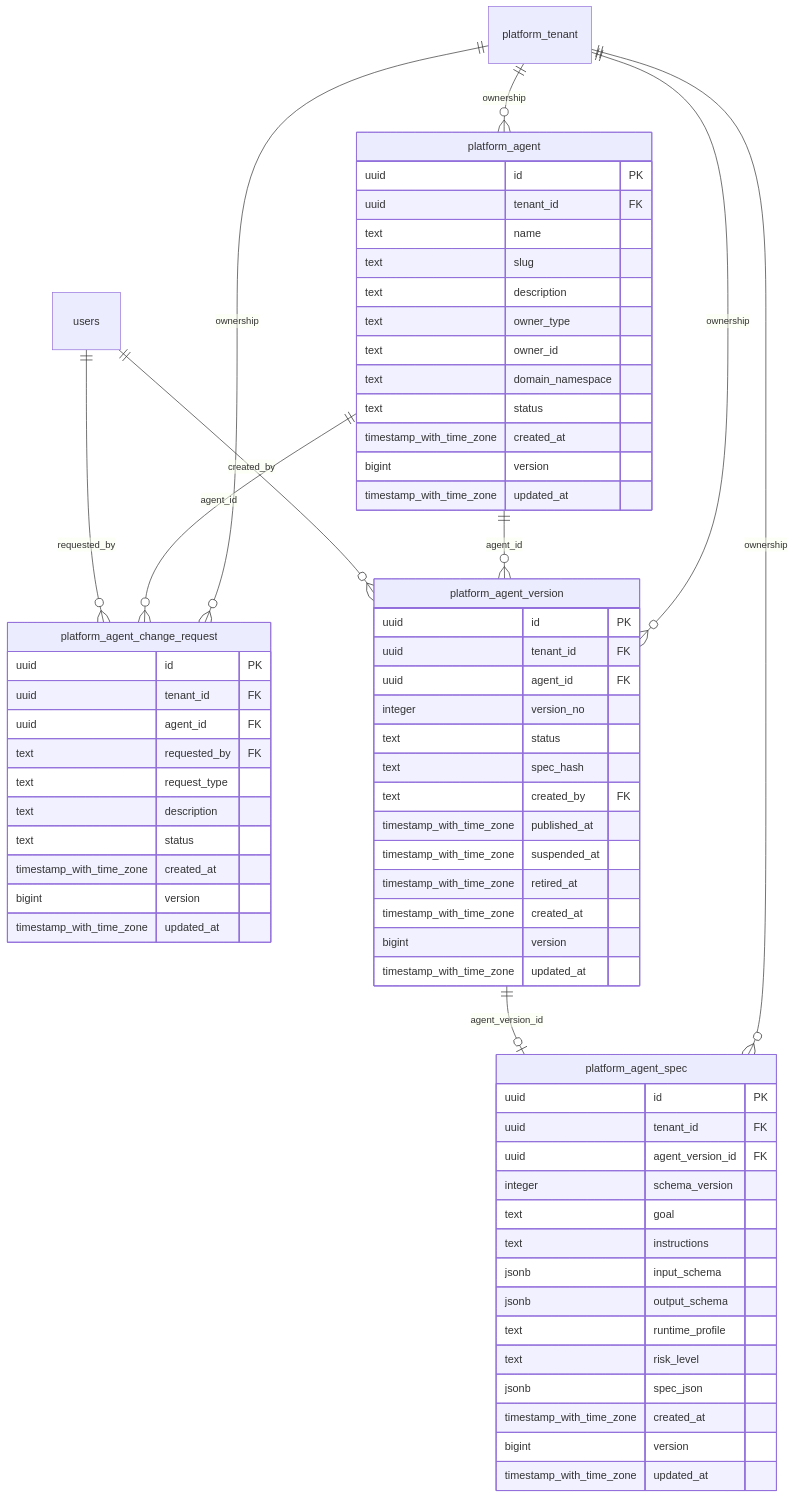
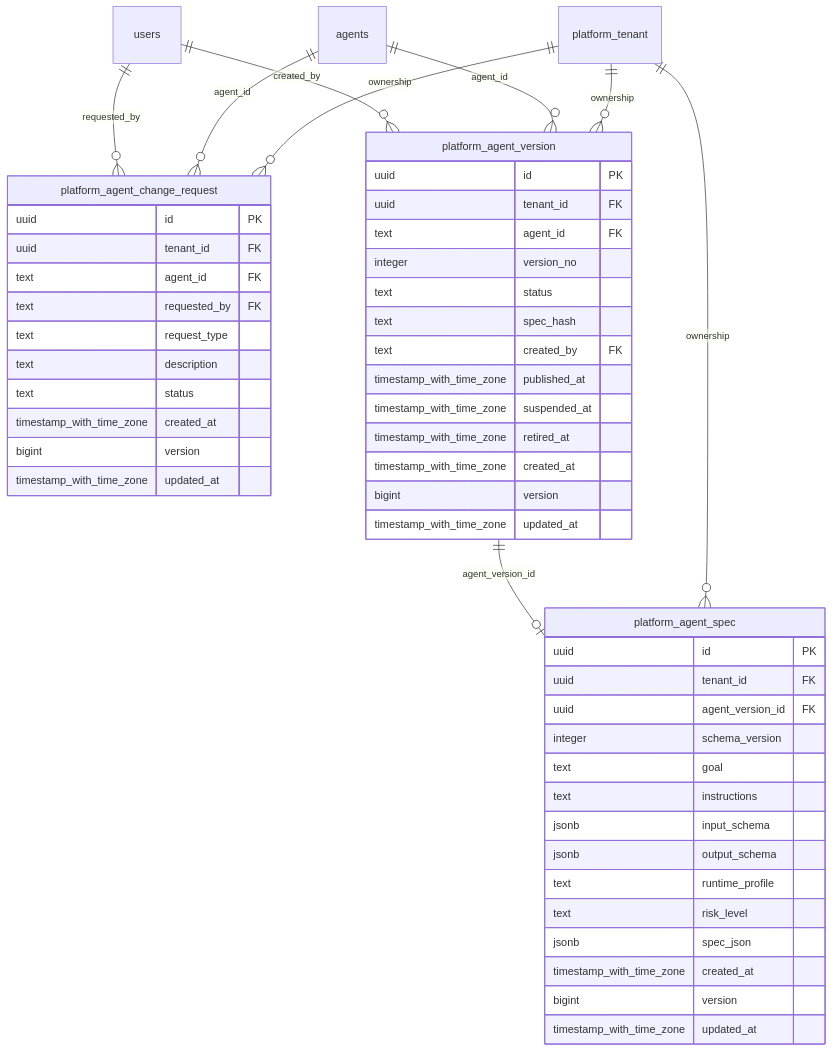
One commit to nguyennanganhdev/AI-Workforce-Platform changed the diagram in docs/erd/physical/platform-agents.md. Above: the diagram before and after it, drawn with Mermaid. The commit also changed other lines of this file and 146 other files, not shown here.

Commit message:
feat(db): consolidate P0 database schema and documentation

````diff
--- a/docs/erd/physical/platform-agents.md
+++ b/docs/erd/physical/platform-agents.md
@@ -5,69 +5,54 @@
 ```mermaid
 erDiagram
-  platform_agent {
-    uuid id PK
-    uuid tenant_id FK
-    text name
-    text slug
-    text description
-    text owner_type
-    text owner_id
-    text domain_namespace
-    text status
-    timestamp_with_time_zone created_at
-    bigint version
-    timestamp_with_time_zone updated_at
-  }
-  platform_tenant ||--o{ platform_agent : "ownership"
   platform_agent_change_request {
     uuid id PK
     uuid tenant_id FK
-    uuid agent_id FK
+    text agent_id FK
     text requested_by FK
     text request_type
     text description
     text status
     timestamp_with_time_zone created_at
     bigint version
     timestamp_with_time_zone updated_at
   }
   platform_tenant ||--o{ platform_agent_change_request : "ownership"
-  platform_agent ||--o{ platform_agent_change_request : "agent_id"
+  agents ||--o{ platform_agent_change_request : "agent_id"
   users ||--o{ platform_agent_change_request : "requested_by"
   platform_agent_spec {
     uuid id PK
     uuid tenant_id FK
     uuid agent_version_id FK
     integer schema_version
     text goal
     text instructions
     jsonb input_schema
     jsonb output_schema
     text runtime_profile
     text risk_level
     jsonb spec_json
     timestamp_with_time_zone created_at
     bigint version
     timestamp_with_time_zone updated_at
   }
   platform_tenant ||--o{ platform_agent_spec : "ownership"
   platform_agent_version ||--o| platform_agent_spec : "agent_version_id"
   platform_agent_version {
     uuid id PK
     uuid tenant_id FK
-    uuid agent_id FK
+    text agent_id FK
     integer version_no
     text status
     text spec_hash
     text created_by FK
     timestamp_with_time_zone published_at
     timestamp_with_time_zone suspended_at
     timestamp_with_time_zone retired_at
     timestamp_with_time_zone created_at
     bigint version
     timestamp_with_time_zone updated_at
   }
   platform_tenant ||--o{ platform_agent_version : "ownership"
-  platform_agent ||--o{ platform_agent_version : "agent_id"
+  agents ||--o{ platform_agent_version : "agent_id"
   users ||--o{ platform_agent_version : "created_by"
 ```
````
